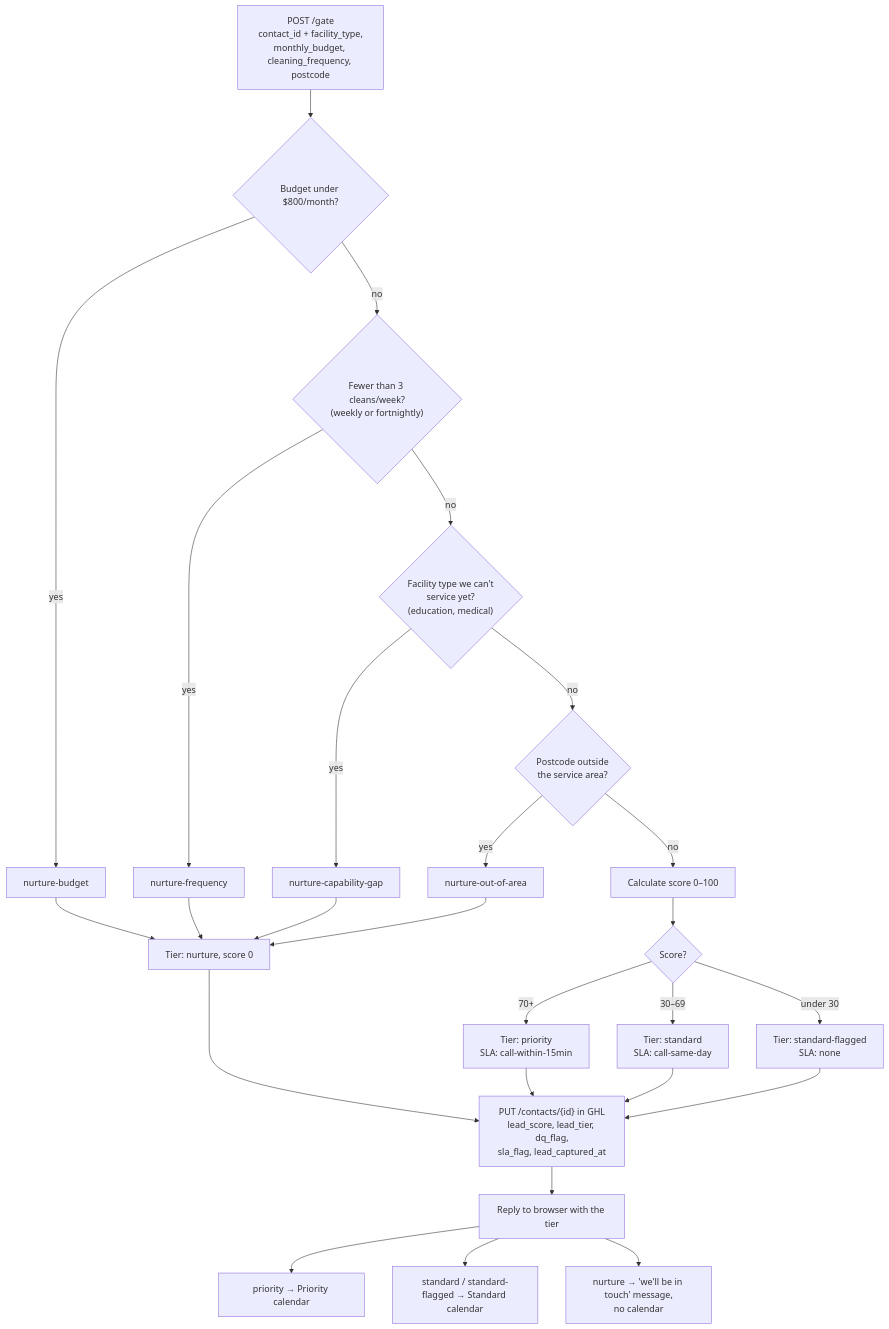
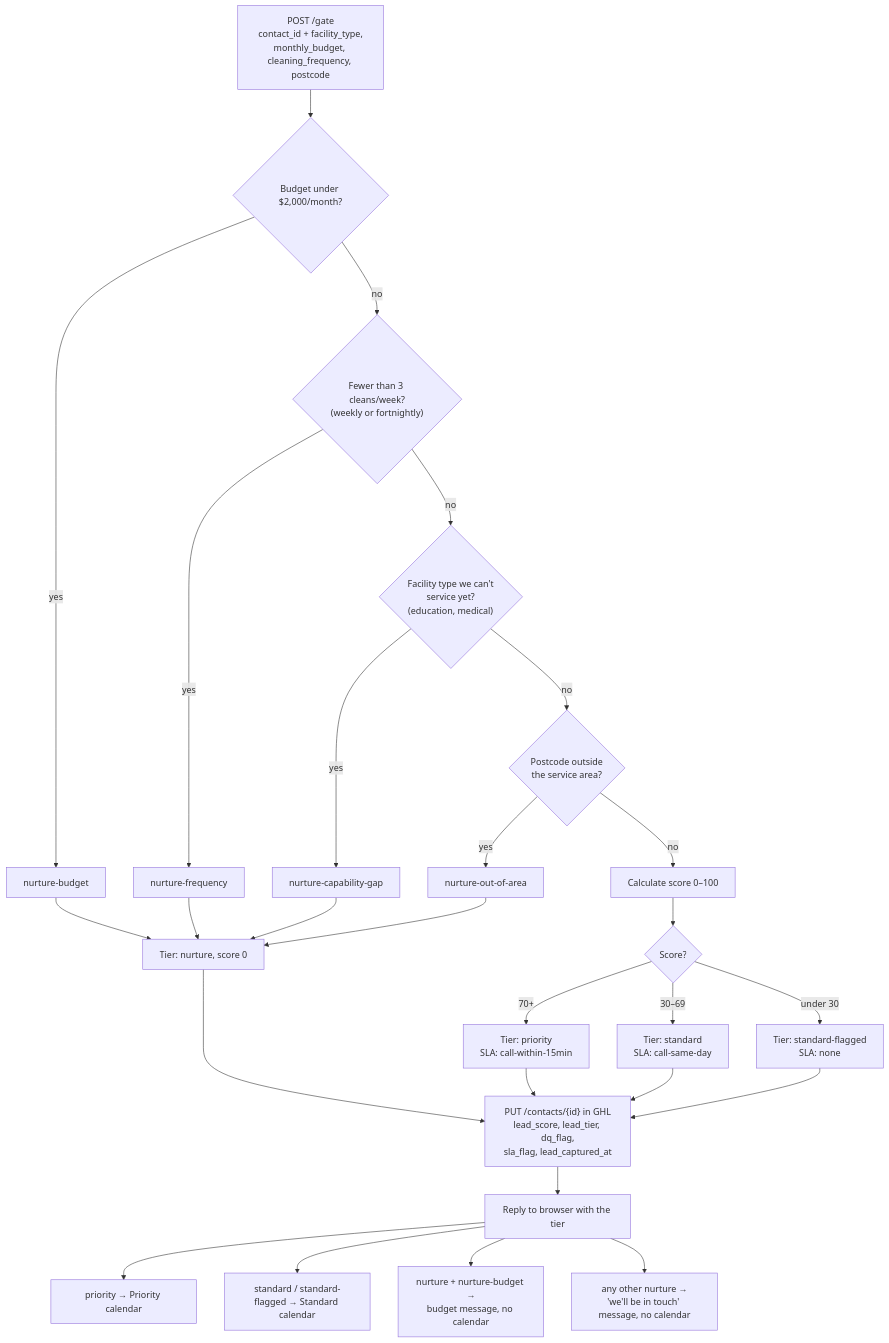
The fifth of 11 diagrams in docs/WORKER.md (VantagePointFacilityServices/vpfs-website), drawn with Mermaid before and after one commit. The commit also changed other lines of this file and 8 other files, not shown here.

````diff
--- a/docs/WORKER.md
+++ b/docs/WORKER.md
@@ -287,26 +287,27 @@
 ```mermaid
 flowchart TD
     IN["POST /gate<br/>contact_id + facility_type,<br/>monthly_budget, cleaning_frequency, postcode"]
-    IN --> D1{"Budget under $800/month?"}
+    IN --> D1{"Budget under $2,000/month?"}
     D1 -- yes --> N1["nurture-budget"]
     D1 -- no --> D2{"Fewer than 3 cleans/week?<br/>(weekly or fortnightly)"}
     D2 -- yes --> N2["nurture-frequency"]
     D2 -- no --> D3{"Facility type we can't<br/>service yet?<br/>(education, medical)"}
     D3 -- yes --> N3["nurture-capability-gap"]
     D3 -- no --> D4{"Postcode outside<br/>the service area?"}
     D4 -- yes --> N4["nurture-out-of-area"]
     D4 -- no --> SC["Calculate score 0–100"]
 
     N1 & N2 & N3 & N4 --> NUR["Tier: nurture, score 0"]
     SC --> T{"Score?"}
     T -- "70+" --> PR["Tier: priority<br/>SLA: call-within-15min"]
     T -- "30–69" --> ST["Tier: standard<br/>SLA: call-same-day"]
     T -- "under 30" --> SF["Tier: standard-flagged<br/>SLA: none"]
 
     PR & ST & SF & NUR --> WB["PUT /contacts/{id} in GHL<br/>lead_score, lead_tier, dq_flag,<br/>sla_flag, lead_captured_at"]
     WB --> OUT["Reply to browser with the tier"]
 
     OUT --> C1["priority → Priority calendar"]
     OUT --> C2["standard / standard-flagged → Standard calendar"]
-    OUT --> C3["nurture → 'we'll be in touch' message,<br/>no calendar"]
+    OUT --> C3["nurture + nurture-budget →<br/>budget message, no calendar"]
+    OUT --> C4["any other nurture →<br/>'we'll be in touch' message, no calendar"]
 ```
````
